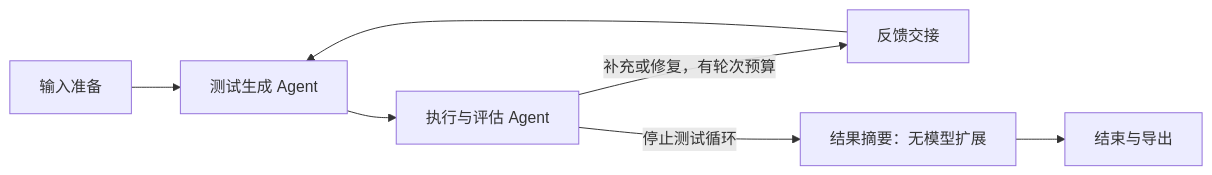
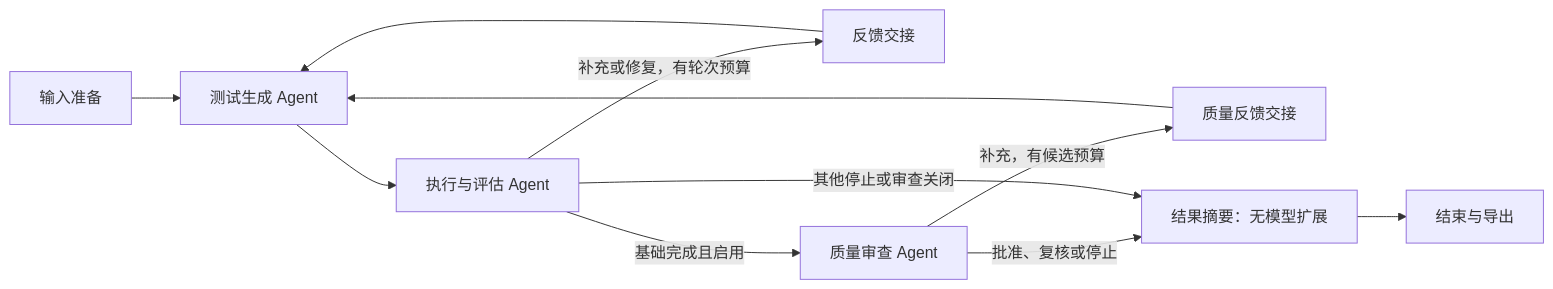
One commit to ZHZ1111/Workflow changed the diagram in docs/run-visualization.md. Above: the diagram before and after it, drawn with Mermaid. The commit also changed other lines of this file and 19 other files, not shown here.

````diff
--- a/docs/run-visualization.md
+++ b/docs/run-visualization.md
@@ -9,9 +9,13 @@
 ```mermaid
 flowchart LR
     I[输入准备] --> G[测试生成 Agent]
     G --> E[执行与评估 Agent]
     E -->|补充或修复，有轮次预算| F[反馈交接]
     F --> G
-    E -->|停止测试循环| S[结果摘要：无模型扩展]
+    E -->|基础完成且启用| Q[质量审查 Agent]
+    Q -->|补充，有候选预算| QF[质量反馈交接]
+    QF --> G
+    Q -->|批准、复核或停止| S[结果摘要：无模型扩展]
+    E -->|其他停止或审查关闭| S
     S --> R[结束与导出]
 ```
````
